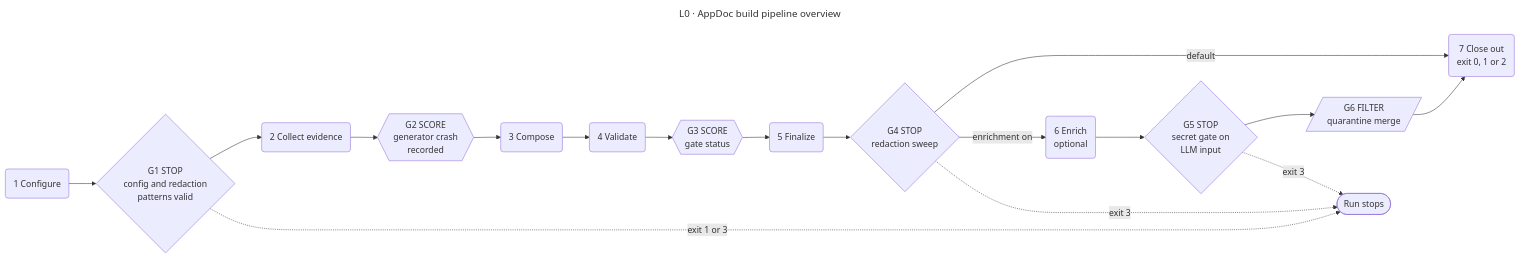
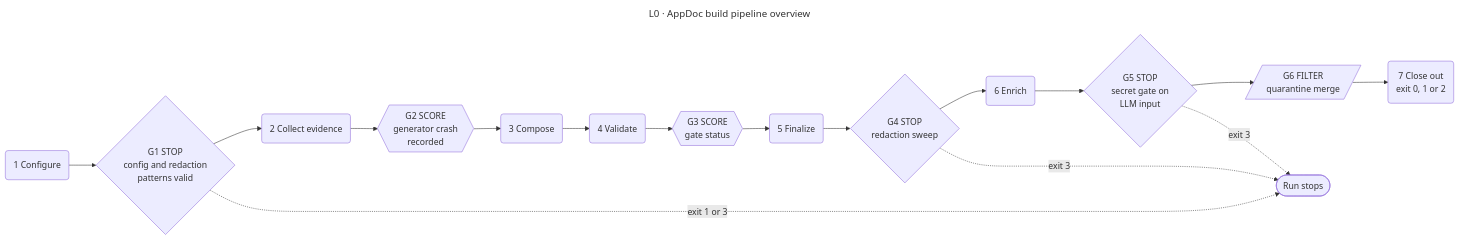
The diagram in docs/pipeline/README.md (HeWhoRoams/AppDoc), drawn with Mermaid before and after one commit. The commit also changed other lines of this file and 17 other files, not shown here.

````diff
--- a/docs/pipeline/README.md
+++ b/docs/pipeline/README.md
@@ -9,19 +9,18 @@
 ```mermaid
 ---
 title: "L0 · AppDoc build pipeline overview"
 ---
 flowchart LR
   accTitle: AppDoc build pipeline overview
-  accDescr: One build run passes through seven stages. Stop gates G1, G4 and G5 end the run with exit code 1 or 3. Score gates G2 and G3 record an outcome and let the run continue; the close-out stage turns them into exit code 0, 1 or 2. Enrichment is optional. Filter gate G6 refuses individual unsafe values and the run continues.
+  accDescr: One build run passes through seven stages. Stop gates G1, G4 and G5 end the run with exit code 1 or 3. Score gates G2 and G3 record an outcome and let the run continue; the close-out stage turns them into exit code 0, 1 or 2. Enrichment always runs. Filter gate G6 refuses individual unsafe values and the run continues.
 
   S1("1 Configure") --> G1{"G1 STOP<br/>config and redaction<br/>patterns valid"}
   G1 --> S2("2 Collect evidence") --> G2{{"G2 SCORE<br/>generator crash<br/>recorded"}}
   G2 --> S3("3 Compose") --> S4("4 Validate") --> G3{{"G3 SCORE<br/>gate status"}}
   G3 --> S5("5 Finalize") --> G4{"G4 STOP<br/>redaction sweep"}
-  G4 -->|"default"| S7("7 Close out<br/>exit 0, 1 or 2")
-  G4 -->|"enrichment on"| S6("6 Enrich<br/>optional") --> G5{"G5 STOP<br/>secret gate on<br/>LLM input"}
-  G5 --> G6[/"G6 FILTER<br/>quarantine merge"/] --> S7
+  G4 --> S6("6 Enrich") --> G5{"G5 STOP<br/>secret gate on<br/>LLM input"}
+  G5 --> G6[/"G6 FILTER<br/>quarantine merge"/] --> S7("7 Close out<br/>exit 0, 1 or 2")
   G1 -.->|"exit 1 or 3"| STOP(["Run stops"])
   G4 -.->|"exit 3"| STOP
   G5 -.->|"exit 3"| STOP
 ```
````
